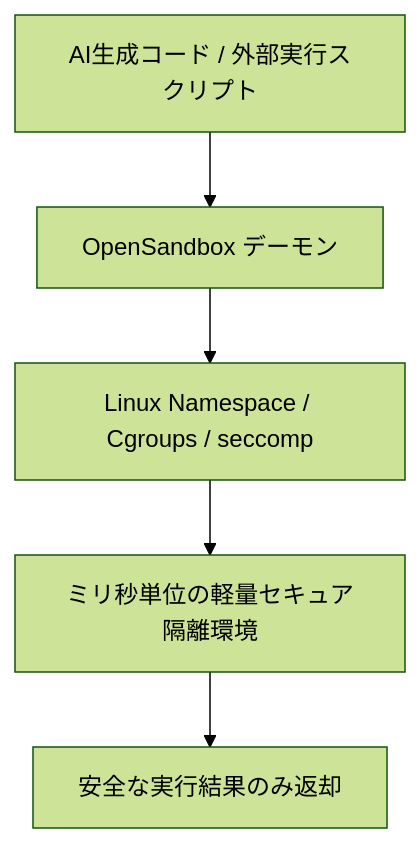
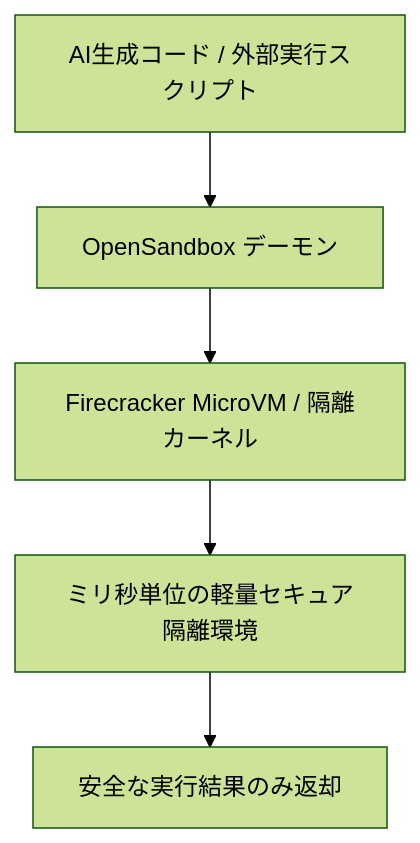
The diagram in src/pages/radar/opensandbox.md (ssk0224/auto-tech-radar), drawn with Mermaid (forest theme) before and after one commit. The commit also changed other lines of this file and 259 other files, not shown here.

````diff
--- a/src/pages/radar/opensandbox.md
+++ b/src/pages/radar/opensandbox.md
@@ -28,7 +28,7 @@
 ```mermaid
 flowchart TD
     UntrustedCode["AI生成コード / 外部実行スクリプト"] --> Manager["OpenSandbox デーモン"]
-    Manager --> Cgroup["Linux Namespace / Cgroups / seccomp"]
+    Manager --> Cgroup["Firecracker MicroVM / 隔離カーネル"]
     Cgroup --> MicroVM["ミリ秒単位の軽量セキュア隔離環境"]
     MicroVM --> CleanReturn["安全な実行結果のみ返却"]
 ```
````
